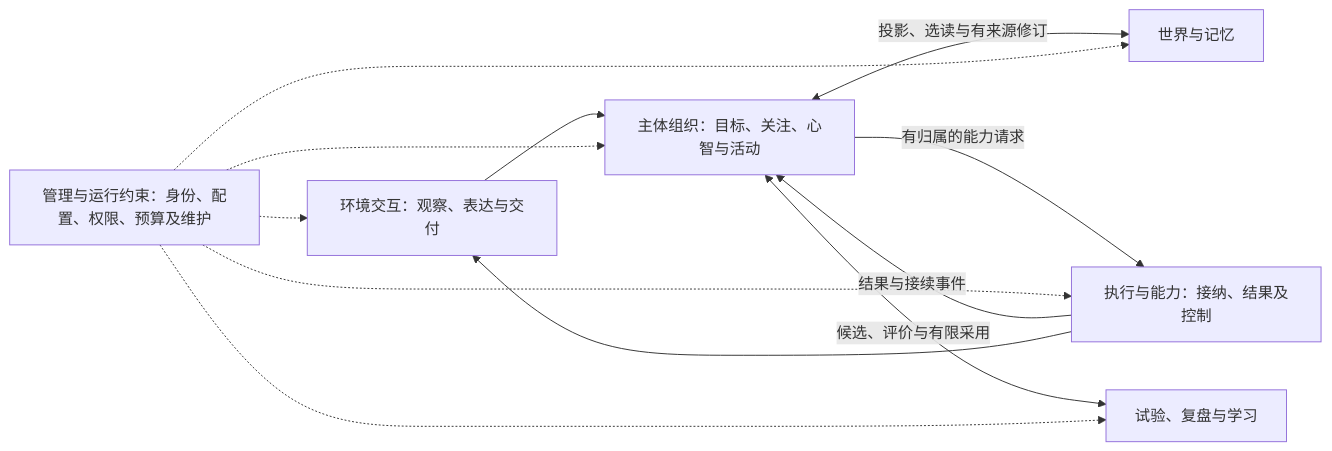
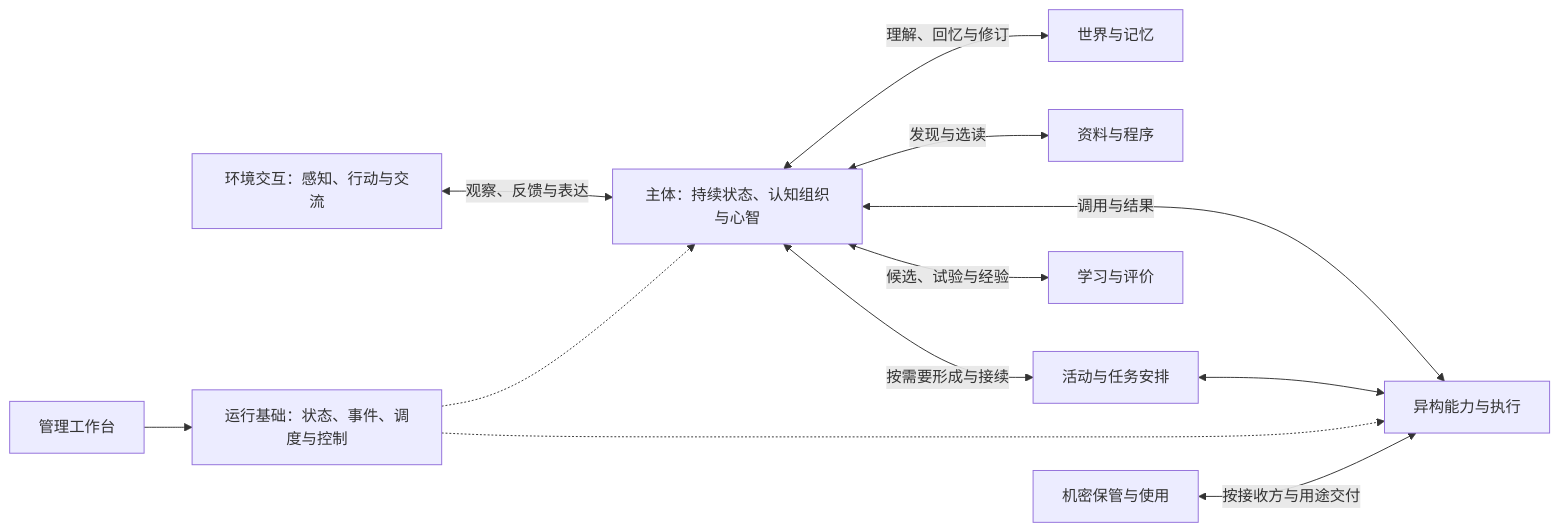
Before and after one commit to d7z-project/TinyAGI: the second of 13 diagrams in DESIGN.md, drawn with Mermaid. The commit also changed other lines of this file and 30 other files, not shown here.

````diff
--- a/DESIGN.md
+++ b/DESIGN.md
@@ -105,14 +116,14 @@
 ```mermaid
 flowchart LR
-    IO["环境交互：观察、表达与交付"] --> Subject["主体组织：目标、关注、心智与活动"]
-    Subject <-->|"投影、选读与有来源修订"| Memory["世界与记忆"]
-    Subject -->|"有归属的能力请求"| Work["执行与能力：接纳、结果及控制"]
-    Work -->|"结果与接续事件"| Subject
-    Work --> IO
-    Subject <-->|"候选、评价与有限采用"| Review["试验、复盘与学习"]
-    Manage["管理与运行约束：身份、配置、权限、预算及维护"] -.-> IO
-    Manage -.-> Subject
-    Manage -.-> Memory
-    Manage -.-> Work
-    Manage -.-> Review
+    IO["环境交互：感知、行动与交流"] <-->|"观察、反馈与表达"| Subject["主体：持续状态、认知组织与心智"]
+    Subject <-->|"理解、回忆与修订"| Memory["世界与记忆"]
+    Subject <-->|"发现与选读"| Materials["资料与程序"]
+    Subject <-->|"按需要形成与接续"| Activity["活动与任务安排"]
+    Subject <-->|"调用与结果"| Work["异构能力与执行"]
+    Activity <--> Work
+    Subject <-->|"候选、试验与经验"| Review["学习与评价"]
+    Host["运行基础：状态、事件、调度与控制"] -.-> Subject
+    Host -.-> Work
+    Manage["管理工作台"] --> Host
+    Secrets["机密保管与使用"] <-->|"按接收方与用途交付"| Work
 ```
````
